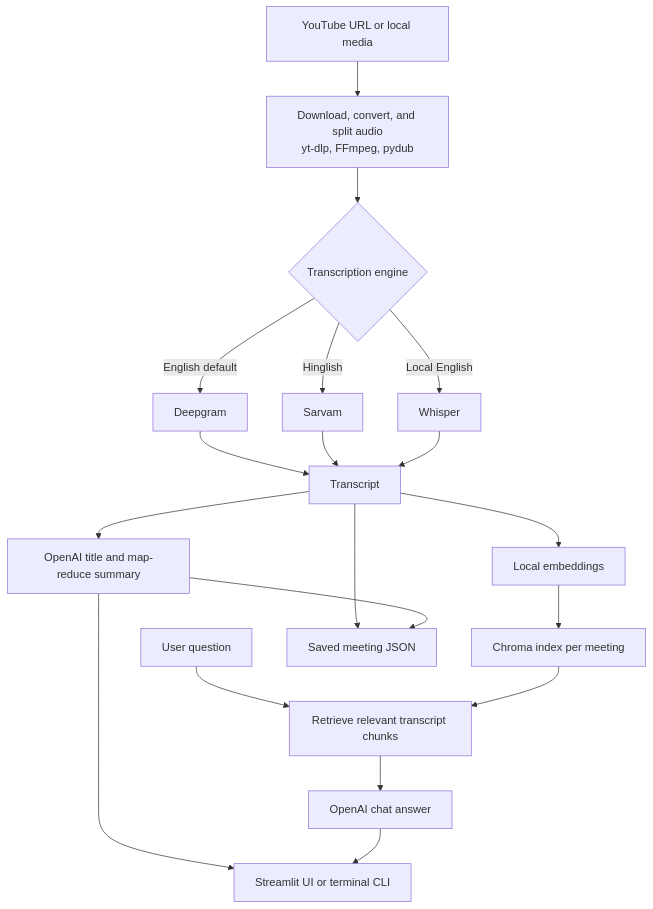
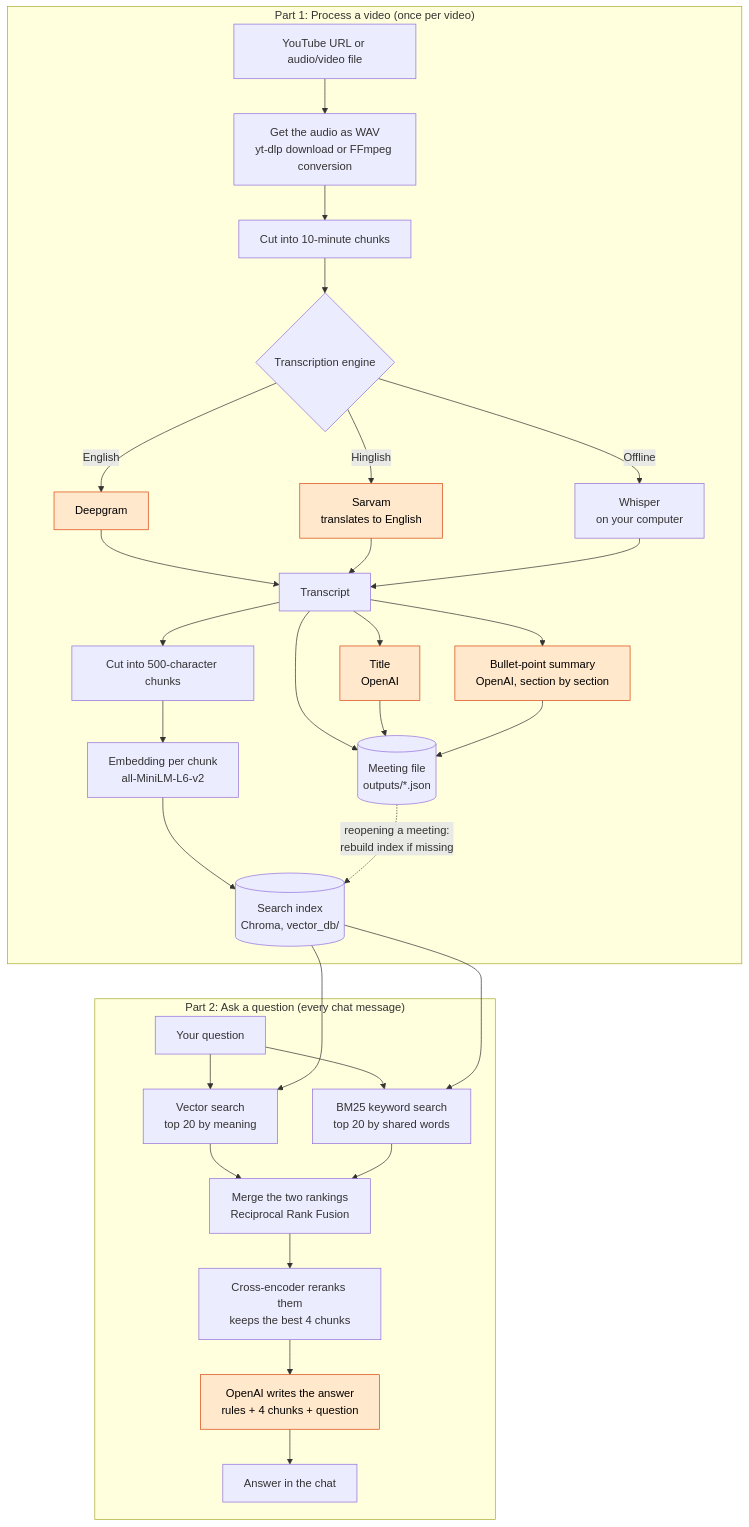
One commit to mahim83/AI-Video-Assistant changed the diagram in README.md. Above: the diagram before and after it, drawn with Mermaid. The commit also changed other lines of this file and 9 other files, not shown here.

````diff
--- a/README.md
+++ b/README.md
@@ -7,21 +15,40 @@
 ```mermaid
 flowchart TD
-	A["YouTube URL or local media"] --> B["Download, convert, and split audio<br/>yt-dlp, FFmpeg, pydub"]
-	B --> C{"Transcription engine"}
-	C -->|English default| D["Deepgram"]
-	C -->|Hinglish| E["Sarvam"]
-	C -->|Local English| F["Whisper"]
-	D --> G["Transcript"]
-	E --> G
-	F --> G
-	G --> H["OpenAI title and map-reduce summary"]
-	G --> I["Local embeddings"]
-	I --> J["Chroma index per meeting"]
-	K["User question"] --> L["Retrieve relevant transcript chunks"]
-	J --> L
-	L --> M["OpenAI chat answer"]
-	G --> N["Saved meeting JSON"]
-	H --> N
-	H --> O["Streamlit UI or terminal CLI"]
-	M --> O
+    subgraph PROCESS["Part 1: Process a video (once per video)"]
+        IN["YouTube URL or audio/video file"] --> AUDIO["Get the audio as WAV<br/>yt-dlp download or FFmpeg conversion"]
+        AUDIO --> SPLIT["Cut into 10-minute chunks"]
+        SPLIT --> ENGINE{"Transcription engine"}
+        ENGINE -->|English| DG["Deepgram"]
+        ENGINE -->|Hinglish| SV["Sarvam<br/>translates to English"]
+        ENGINE -->|Offline| WH["Whisper<br/>on your computer"]
+        DG --> TR["Transcript"]
+        SV --> TR
+        WH --> TR
+        TR --> TITLE["Title<br/>OpenAI"]
+        TR --> SUM["Bullet-point summary<br/>OpenAI, section by section"]
+        TR --> CHUNK["Cut into 500-character chunks"]
+        CHUNK --> EMB["Embedding per chunk<br/>all-MiniLM-L6-v2"]
+        EMB --> DB[("Search index<br/>Chroma, vector_db/")]
+        TR --> SAVE[("Meeting file<br/>outputs/*.json")]
+        TITLE --> SAVE
+        SUM --> SAVE
+    end
+
+    subgraph ASK["Part 2: Ask a question (every chat message)"]
+        Q["Your question"] --> VEC["Vector search<br/>top 20 by meaning"]
+        Q --> KW["BM25 keyword search<br/>top 20 by shared words"]
+        VEC --> RRF["Merge the two rankings<br/>Reciprocal Rank Fusion"]
+        KW --> RRF
+        RRF --> RR["Cross-encoder reranks them<br/>keeps the best 4 chunks"]
+        RR --> LLM["OpenAI writes the answer<br/>rules + 4 chunks + question"]
+        LLM --> ANS["Answer in the chat"]
+    end
+
+    DB ~~~ Q
+    DB --> VEC
+    DB --> KW
+    SAVE -.->|"reopening a meeting:<br/>rebuild index if missing"| DB
+
+    classDef cloud fill:#ffe8cc,stroke:#d9480f,color:#000
+    class DG,SV,TITLE,SUM,LLM cloud
 ```
````
